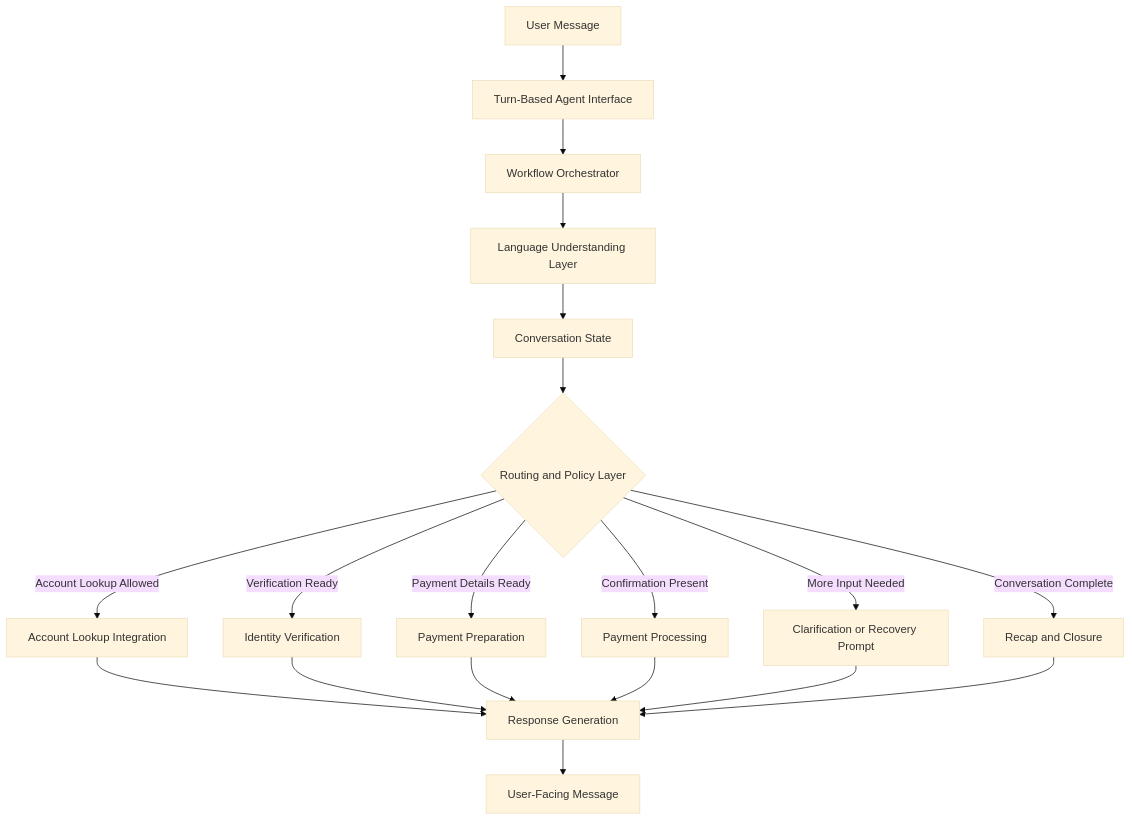
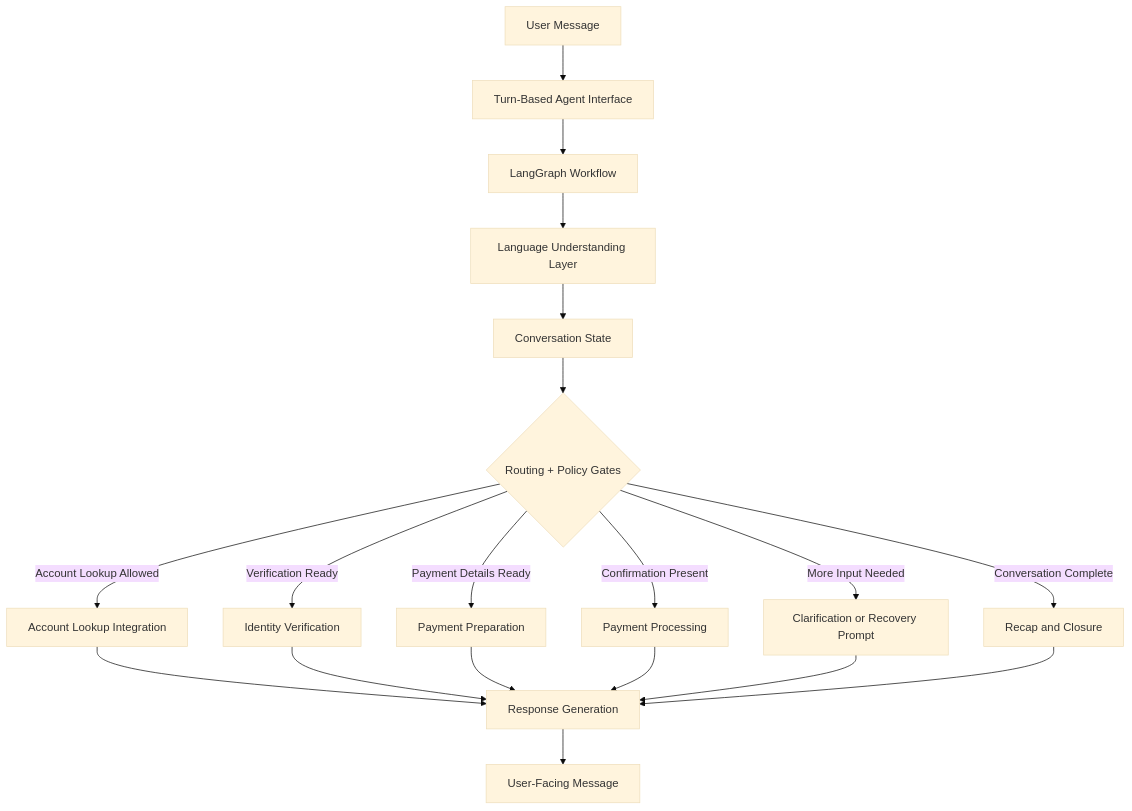
Before and after one commit to KayvanShah1/settlesentry-payment-collection-agent: the first of 3 diagrams in docs/DESIGN.md, drawn with Mermaid (base theme). The commit also changed other lines of this file and 4 other files, not shown here.

````diff
--- a/docs/DESIGN.md
+++ b/docs/DESIGN.md
@@ -37,25 +45,25 @@
 ```mermaid
 flowchart TD
     U[User Message] --> I[Turn-Based Agent Interface]
-    I --> G[Workflow Orchestrator]
+    I --> G[LangGraph Workflow]
 
     G --> P[Language Understanding Layer]
     P --> S[Conversation State]
-    S --> R{Routing and Policy Layer}
+    S --> R{Routing + Policy Gates}
 
     R -->|Account Lookup Allowed| L[Account Lookup Integration]
     R -->|Verification Ready| V[Identity Verification]
     R -->|Payment Details Ready| C[Payment Preparation]
     R -->|Confirmation Present| X[Payment Processing]
     R -->|More Input Needed| Q[Clarification or Recovery Prompt]
     R -->|Conversation Complete| Z[Recap and Closure]
 
     L --> M[Response Generation]
     V --> M
     C --> M
     X --> M
     Q --> M
     Z --> M
 
     M --> A[User-Facing Message]
 ```
````
